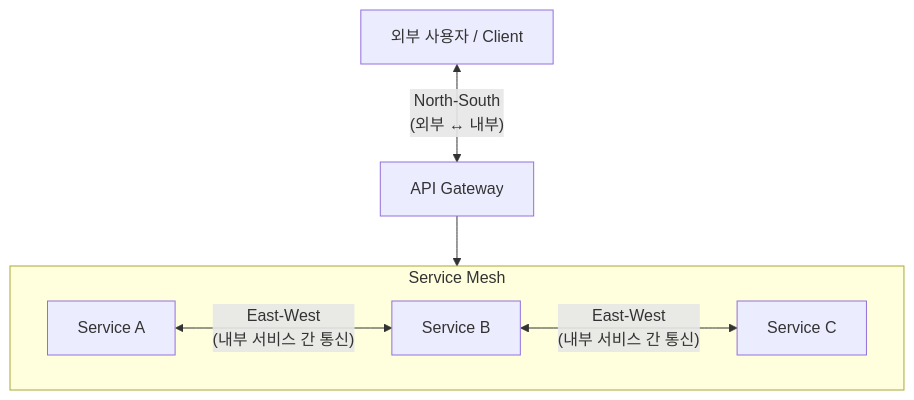
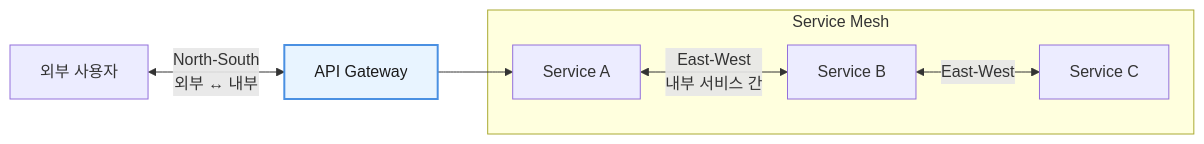
Before and after one commit to i31pc17/bitbook: the second of 12 diagrams in 모던 데이터 아키텍처/9장. 서비스 경계와 조회 모델.md, drawn with Mermaid. The commit also changed other lines of this file and 8 other files, not shown here.

````diff
--- a/모던 데이터 아키텍처/9장. 서비스 경계와 조회 모델.md
+++ b/모던 데이터 아키텍처/9장. 서비스 경계와 조회 모델.md
@@ -172,14 +172,13 @@
 ```mermaid
-flowchart TB
-    Client["외부 사용자 / Client"]
-    Gateway["API Gateway"]
+flowchart LR
+    Client["외부 사용자"] <-->|"North-South<br/>외부 ↔ 내부"| Gateway["API Gateway"]
+
+    Gateway --> A
 
     subgraph Mesh["Service Mesh"]
-        direction LR
-        A["Service A"] <-->|"East-West<br/>(내부 서비스 간 통신)"| B["Service B"]
-        B <-->|"East-West<br/>(내부 서비스 간 통신)"| C["Service C"]
+        A["Service A"] <-->|"East-West<br/>내부 서비스 간"| B["Service B"]
+        B <-->|"East-West"| C["Service C"]
     end
 
-    Client <-->|"North-South<br/>(외부 ↔ 내부)"| Gateway
-    Gateway --> Mesh
+    style Gateway fill:#e8f4ff,stroke:#4a90e2,stroke-width:2px,color:#1a1a1a
 ```
````
